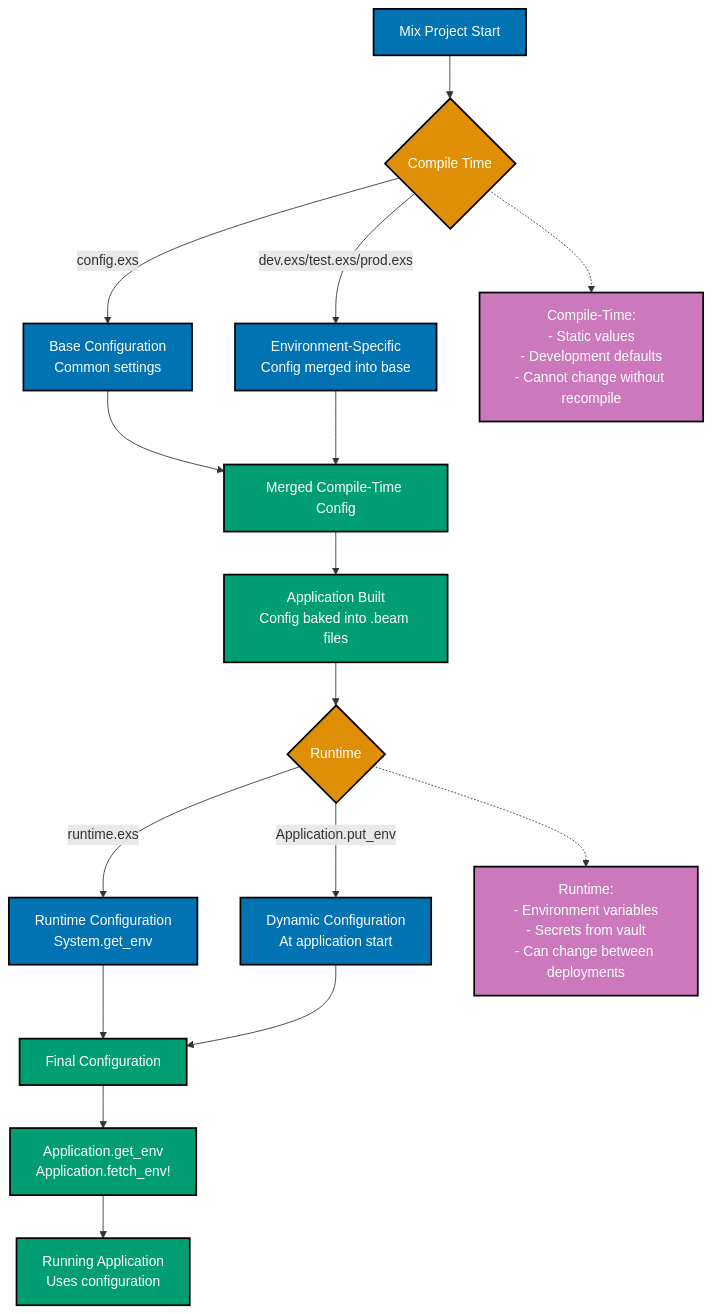
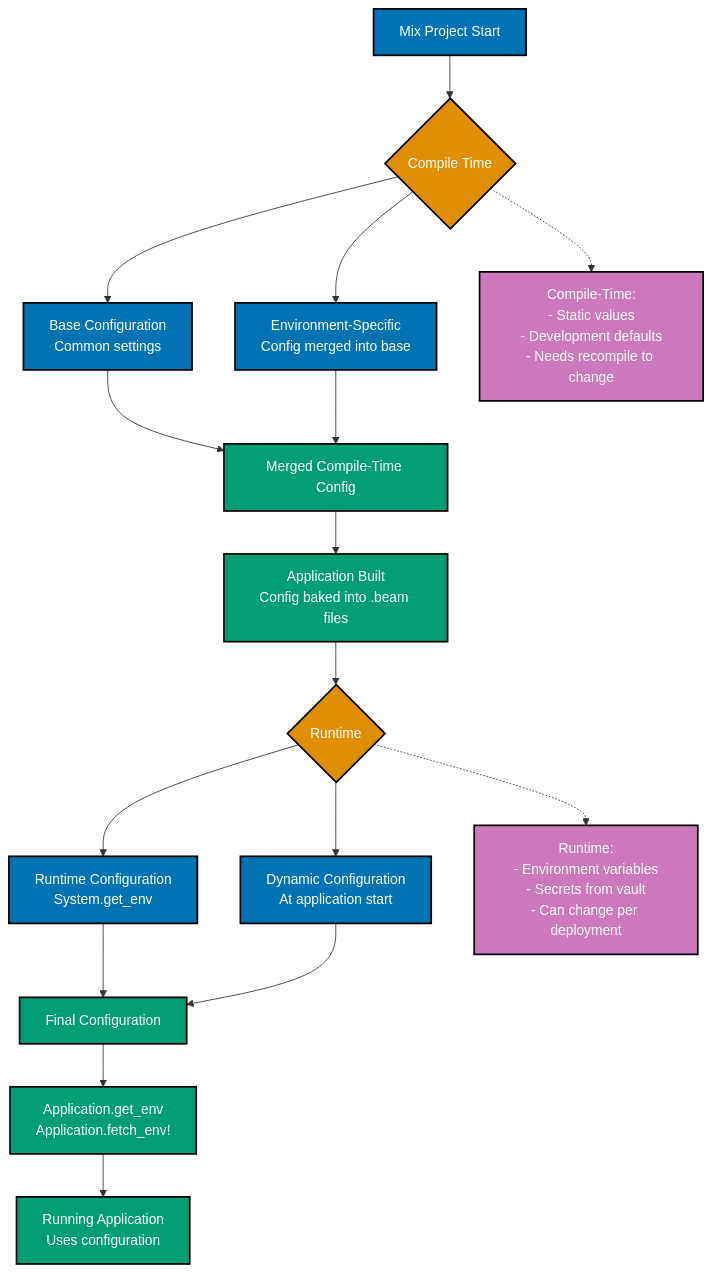
One commit to wahidyankf/ose-primer changed the fifth of 6 diagrams in docs/explanation/software-engineering/programming-languages/elixir/otp-application.md. Above: the diagram before and after it, drawn with Mermaid. The commit also changed other lines of this file and 6 other files, not shown here.

Commit message:
fix(docs): fix mermaid violations in elixir/ docs (batch 8/10)

````diff
--- a/docs/explanation/software-engineering/programming-languages/elixir/otp-application.md
+++ b/docs/explanation/software-engineering/programming-languages/elixir/otp-application.md
@@ -464,47 +464,47 @@
 ```mermaid
 %% Color Palette: Blue #0173B2, Orange #DE8F05, Teal #029E73, Purple #CC78BC
 %% All colors are color-blind friendly and meet WCAG AA contrast standards
 flowchart TD
     START[Mix Project Start] --> COMPILE{Compile Time}
 
-    COMPILE -->|config.exs| BASE[Base Configuration<br/>Common settings]
-    COMPILE -->|dev.exs/test.exs/prod.exs| ENV[Environment-Specific<br/>Config merged into base]
+    COMPILE --> BASE[Base Configuration<br/>Common settings]
+    COMPILE --> ENV[Environment-Specific<br/>Config merged into base]
 
     BASE --> MERGED[Merged Compile-Time Config]
     ENV --> MERGED
 
     MERGED --> BUILD[Application Built<br/>Config baked into .beam files]
 
     BUILD --> RUNTIME{Runtime}
 
-    RUNTIME -->|runtime.exs| RUNTIME_CONFIG[Runtime Configuration<br/>System.get_env]
-    RUNTIME -->|Application.put_env| DYNAMIC[Dynamic Configuration<br/>At application start]
+    RUNTIME --> RUNTIME_CONFIG[Runtime Configuration<br/>System.get_env]
+    RUNTIME --> DYNAMIC[Dynamic Configuration<br/>At application start]
 
     RUNTIME_CONFIG --> FINAL[Final Configuration]
     DYNAMIC --> FINAL
 
     FINAL --> ACCESS[Application.get_env<br/>Application.fetch_env!]
 
     ACCESS --> APP[Running Application<br/>Uses configuration]
 
-    Note1[Compile-Time:<br/>- Static values<br/>- Development defaults<br/>- Cannot change without recompile]
-    Note2[Runtime:<br/>- Environment variables<br/>- Secrets from vault<br/>- Can change between deployments]
+    Note1[Compile-Time:<br/>- Static values<br/>- Development defaults<br/>- Needs recompile to change]
+    Note2[Runtime:<br/>- Environment variables<br/>- Secrets from vault<br/>- Can change per deployment]
 
     COMPILE -.-> Note1
     RUNTIME -.-> Note2
 
     style START fill:#0173B2,stroke:#000000,color:#FFFFFF,stroke-width:2px
     style COMPILE fill:#DE8F05,stroke:#000000,color:#FFFFFF,stroke-width:2px
     style BASE fill:#0173B2,stroke:#000000,color:#FFFFFF,stroke-width:2px
     style ENV fill:#0173B2,stroke:#000000,color:#FFFFFF,stroke-width:2px
     style MERGED fill:#029E73,stroke:#000000,color:#FFFFFF,stroke-width:2px
     style BUILD fill:#029E73,stroke:#000000,color:#FFFFFF,stroke-width:2px
     style RUNTIME fill:#DE8F05,stroke:#000000,color:#FFFFFF,stroke-width:2px
     style RUNTIME_CONFIG fill:#0173B2,stroke:#000000,color:#FFFFFF,stroke-width:2px
     style DYNAMIC fill:#0173B2,stroke:#000000,color:#FFFFFF,stroke-width:2px
     style FINAL fill:#029E73,stroke:#000000,color:#FFFFFF,stroke-width:2px
     style ACCESS fill:#029E73,stroke:#000000,color:#FFFFFF,stroke-width:2px
     style APP fill:#029E73,stroke:#000000,color:#FFFFFF,stroke-width:2px
     style Note1 fill:#CC78BC,stroke:#000000,color:#FFFFFF,stroke-width:2px
     style Note2 fill:#CC78BC,stroke:#000000,color:#FFFFFF,stroke-width:2px
 ```
````
